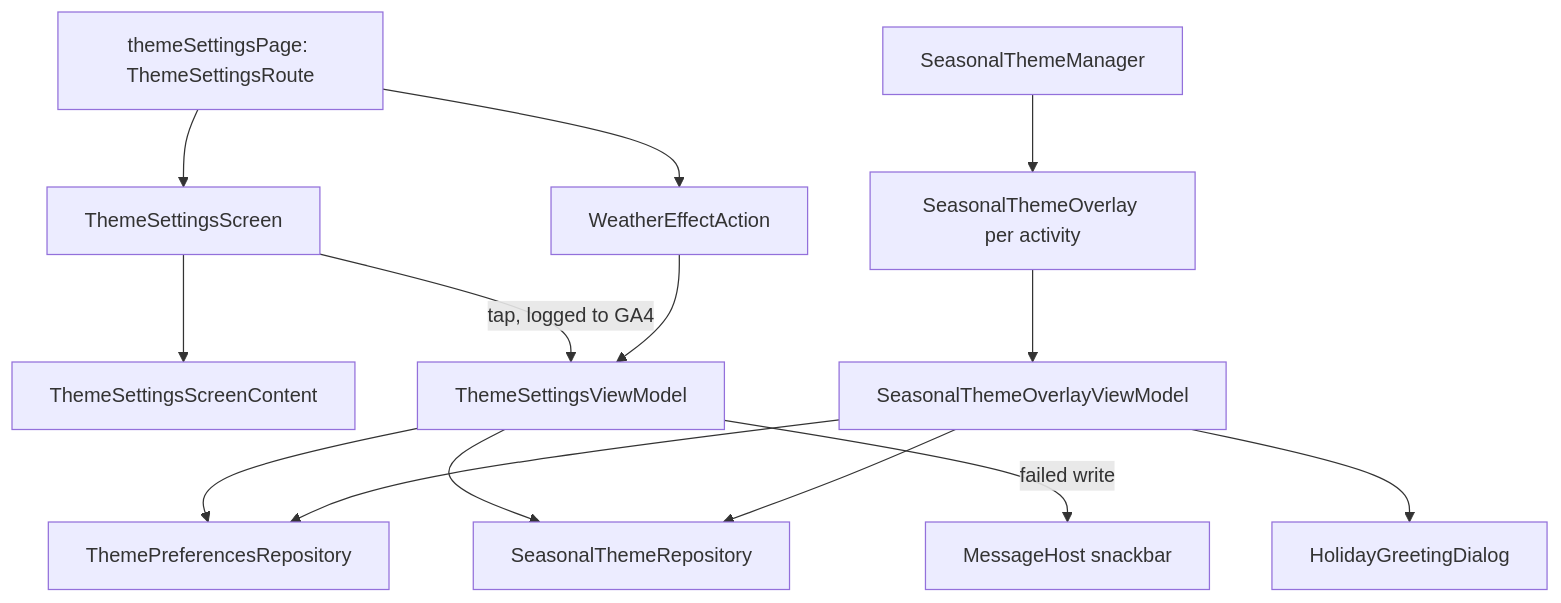
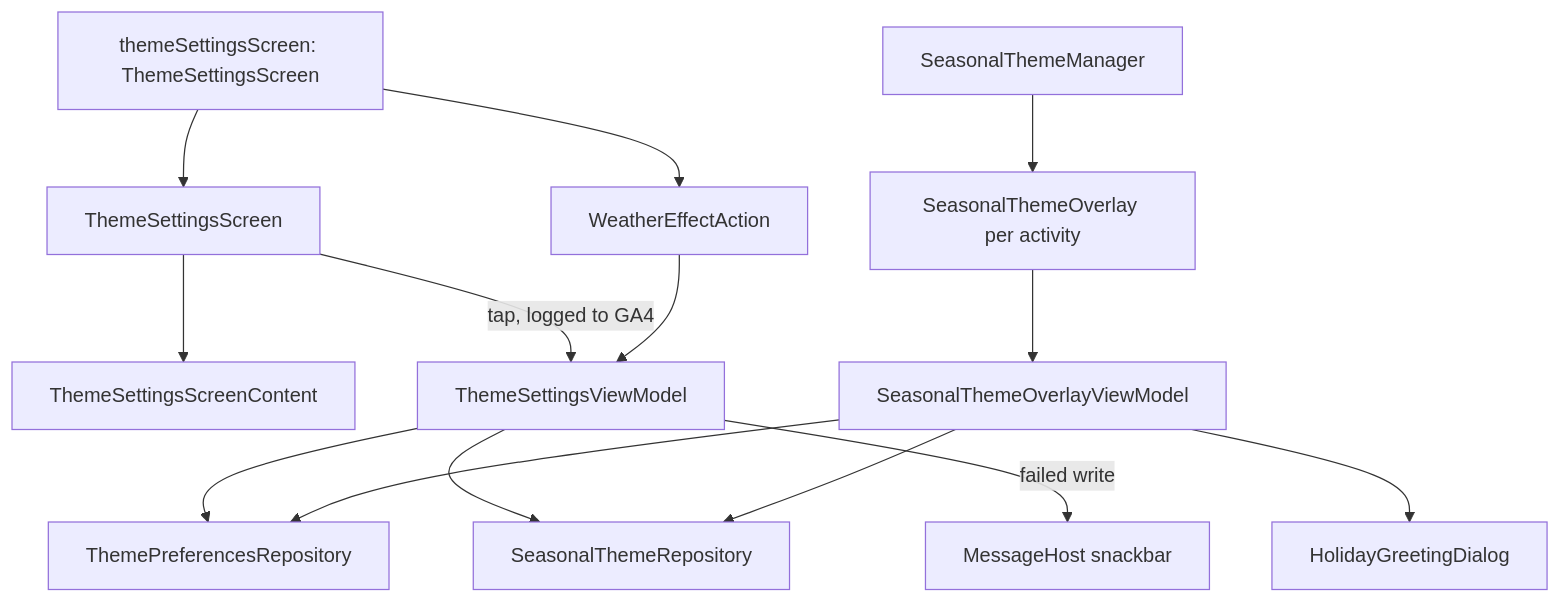
Before and after one commit to MihaiCristianCondrea/App-Toolkit-for-Android: the diagram in library/feature/theme/README.md, drawn with Mermaid. The commit also changed other lines of this file and 125 other files, not shown here.

````diff
--- a/library/feature/theme/README.md
+++ b/library/feature/theme/README.md
@@ -55,16 +55,16 @@
 ```mermaid
 flowchart TD
-    Page[themeSettingsPage: ThemeSettingsRoute] --> Screen[ThemeSettingsScreen]
+    Page[themeSettingsScreen: ThemeSettingsScreen] --> Screen[ThemeSettingsScreen]
     Page --> Action[WeatherEffectAction]
     Screen --> Content[ThemeSettingsScreenContent]
     Screen -->|tap, logged to GA4| VM[ThemeSettingsViewModel]
     Action --> VM
     VM --> Prefs[ThemePreferencesRepository]
     VM --> Seasonal[SeasonalThemeRepository]
     VM -->|failed write| Message[MessageHost snackbar]
     Manager[SeasonalThemeManager] --> Overlay[SeasonalThemeOverlay per activity]
     Overlay --> OverlayVM[SeasonalThemeOverlayViewModel]
     OverlayVM --> Seasonal
     OverlayVM --> Prefs
     OverlayVM --> Greeting[HolidayGreetingDialog]
 ```
````
